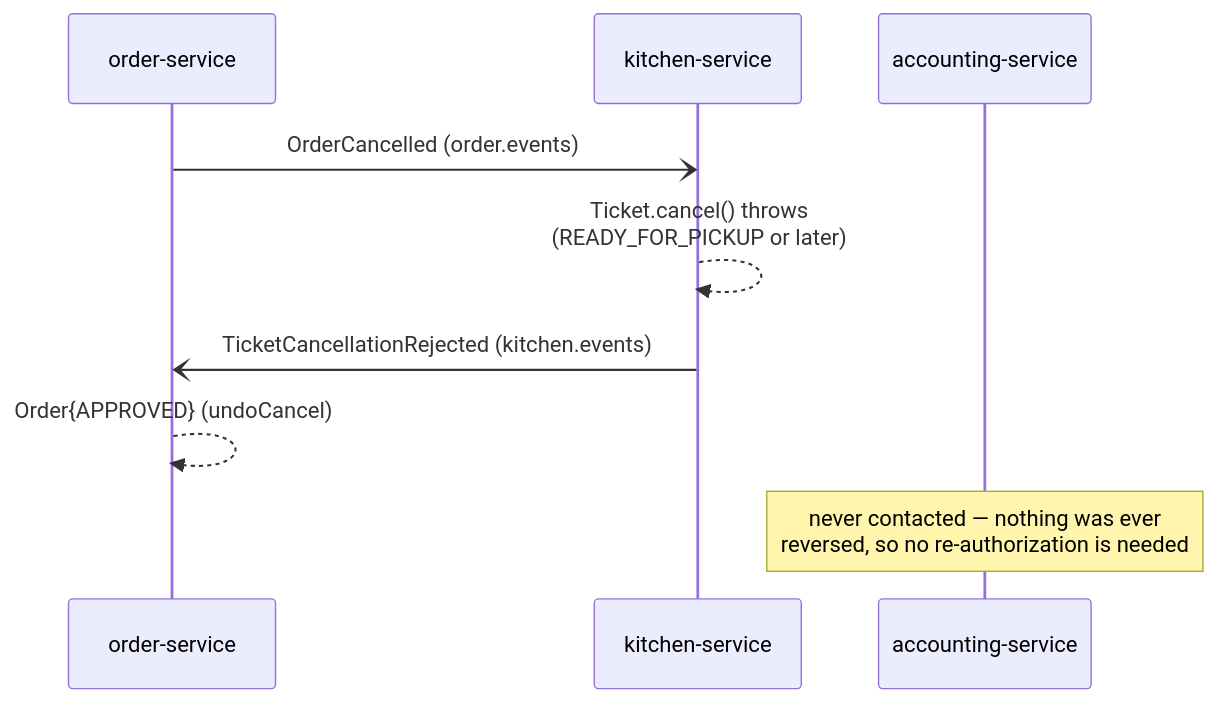
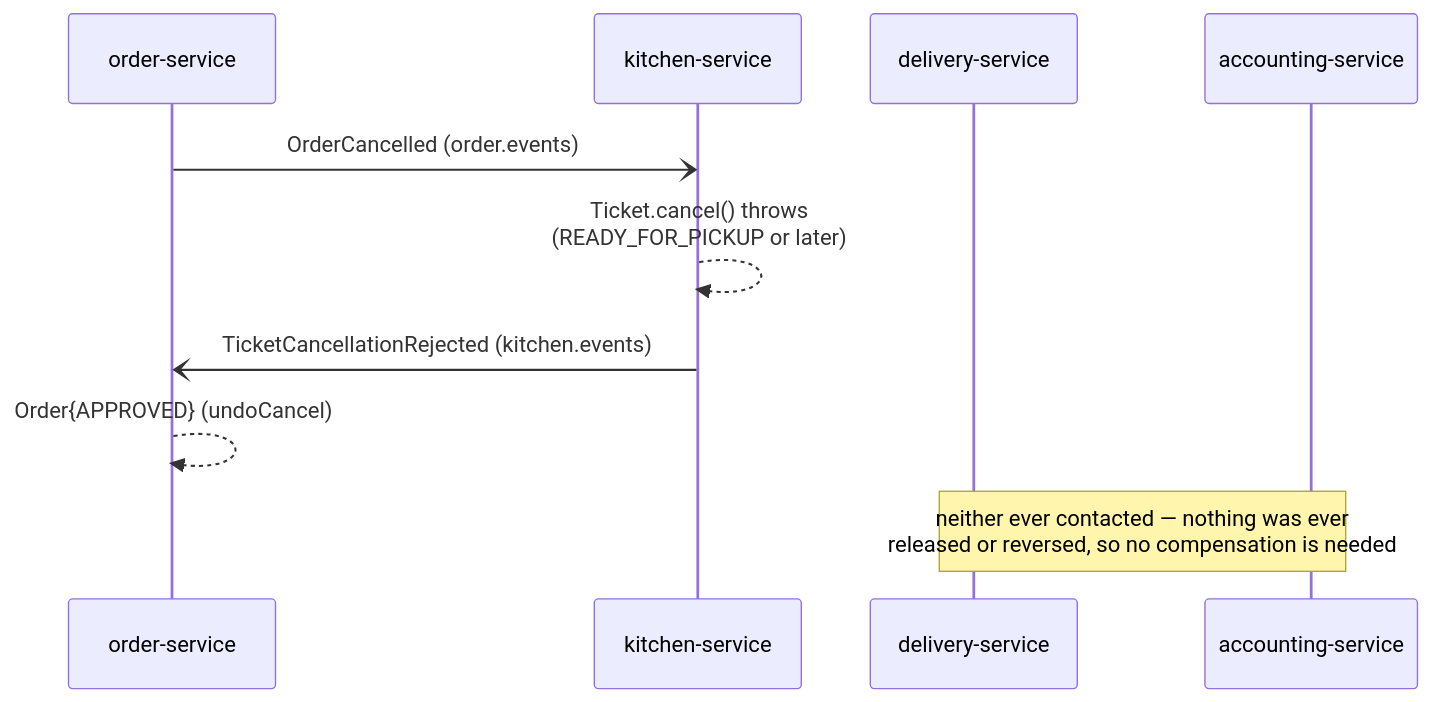
Diagram 12 of 22 in docs/ARCHITECTURE.md (sanjaykpradhan10/my-food-to-go-app), drawn with Mermaid before and after one commit. The commit also changed other lines of this file and 5 other files, not shown here.

````diff
--- a/docs/ARCHITECTURE.md
+++ b/docs/ARCHITECTURE.md
@@ -285,12 +378,13 @@
 ```mermaid
 sequenceDiagram
     participant O as order-service
     participant K as kitchen-service
+    participant D as delivery-service
     participant A as accounting-service
 
     O-)K: OrderCancelled (order.events)
     K-->>K: Ticket.cancel() throws<br/>(READY_FOR_PICKUP or later)
     K-)O: TicketCancellationRejected (kitchen.events)
     O-->>O: Order{APPROVED} (undoCancel)
-    Note over A: never contacted — nothing was ever<br/>reversed, so no re-authorization is needed
+    Note over D,A: neither ever contacted — nothing was ever<br/>released or reversed, so no compensation is needed
 ```
````
